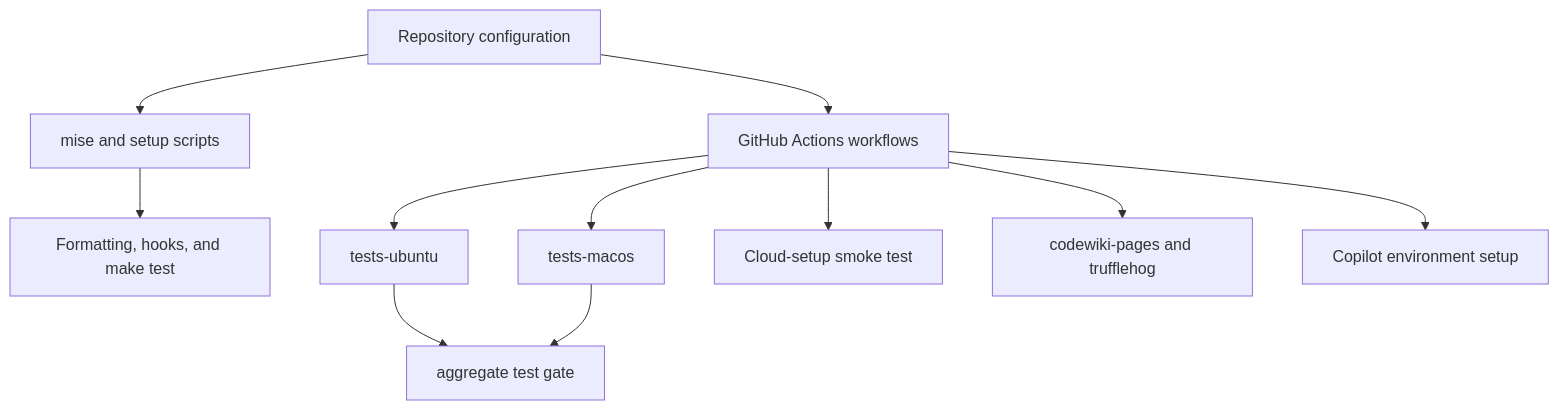
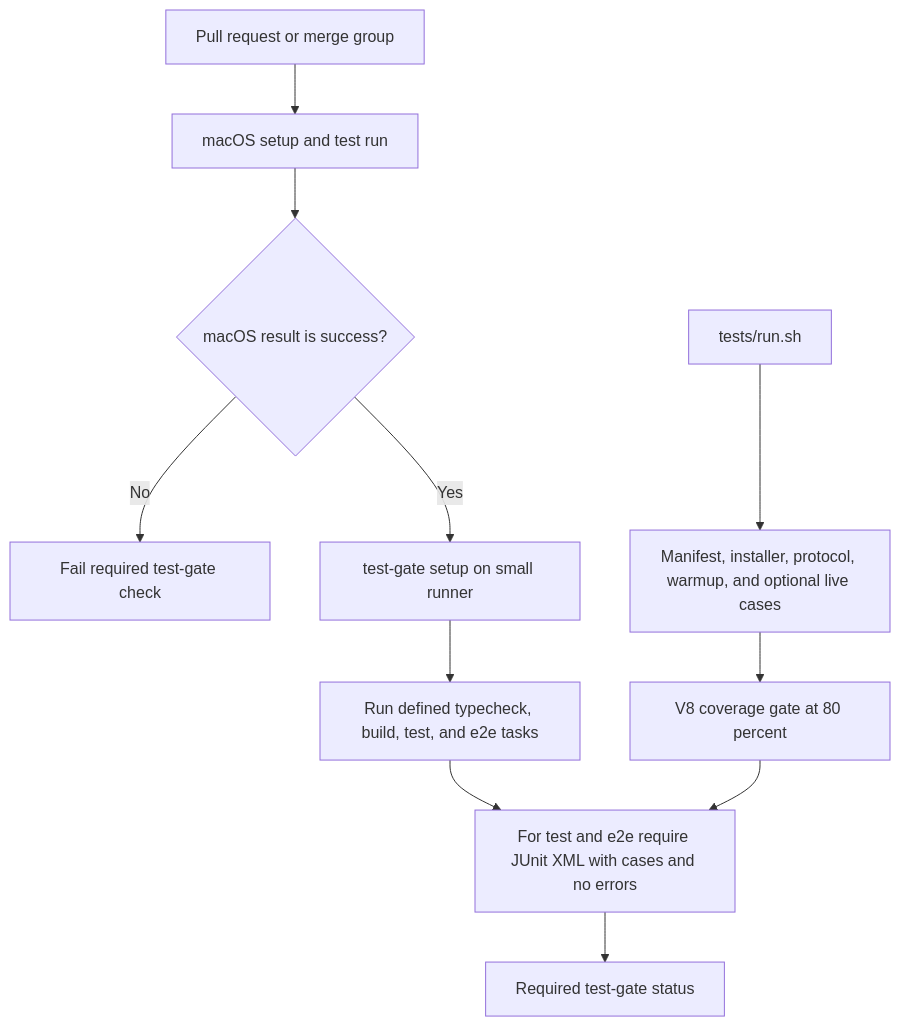
The third of 3 diagrams in docs/codewiki/overview.md (Rubio-Enterprises/claude-lsps), drawn with Mermaid before and after one commit. The commit also changed other lines of this file and 45 other files, not shown here.

````diff
--- a/docs/codewiki/overview.md
+++ b/docs/codewiki/overview.md
@@ -44,16 +295,13 @@
 ```mermaid
 flowchart TD
-    Repo["Repository configuration"]
-    Repo --> Environment["mise and setup scripts"]
-    Environment --> Local["Formatting, hooks, and make test"]
-
-    Repo --> CI["GitHub Actions workflows"]
-    CI --> Ubuntu["tests-ubuntu"]
-    CI --> MacOS["tests-macos"]
-    Ubuntu --> Gate["aggregate test gate"]
-    MacOS --> Gate
-
-    CI --> Smoke["Cloud-setup smoke test"]
-    CI --> Standards["codewiki-pages and trufflehog"]
-    CI --> Copilot["Copilot environment setup"]
+    P["Pull request or merge group"] --> M["macOS setup and test run"]
+    M --> R{"macOS result is success?"}
+    R -->|"No"| F["Fail required test-gate check"]
+    R -->|"Yes"| G["test-gate setup on small runner"]
+    G --> L["Run defined typecheck, build, test, and e2e tasks"]
+    L --> J["For test and e2e require JUnit XML with cases and no errors"]
+    J --> S["Required test-gate status"]
+    T["tests/run.sh"] --> C["Manifest, installer, protocol, warmup, and optional live cases"]
+    C --> V["V8 coverage gate at 80 percent"]
+    V --> J
 ```
````
